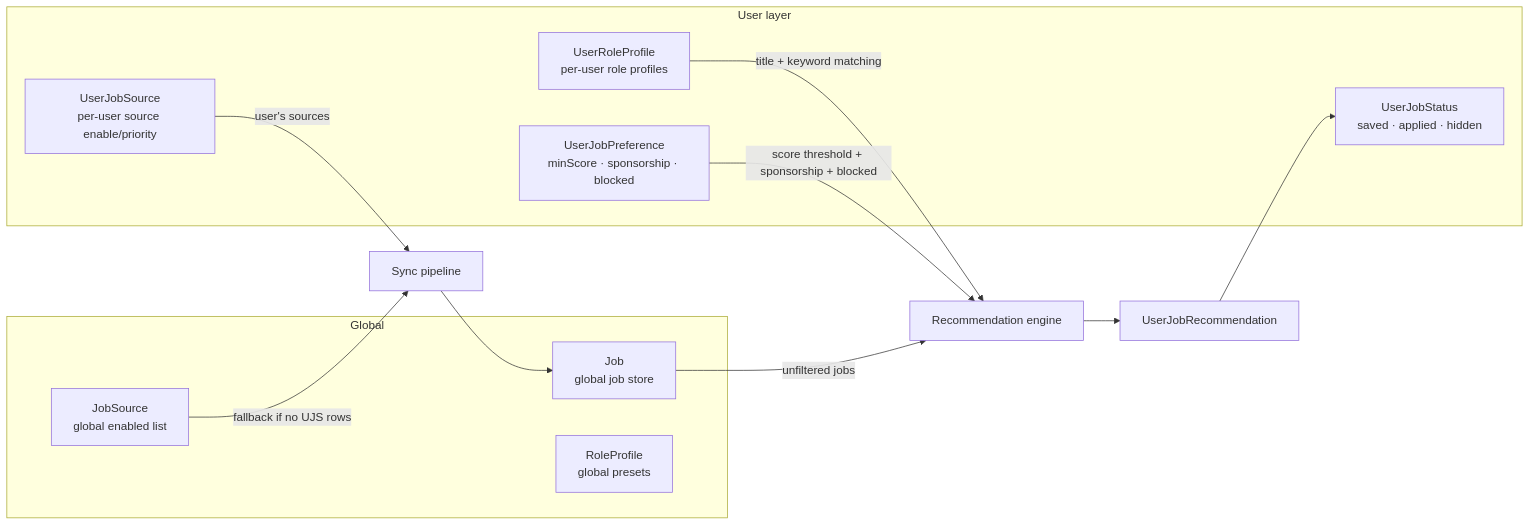
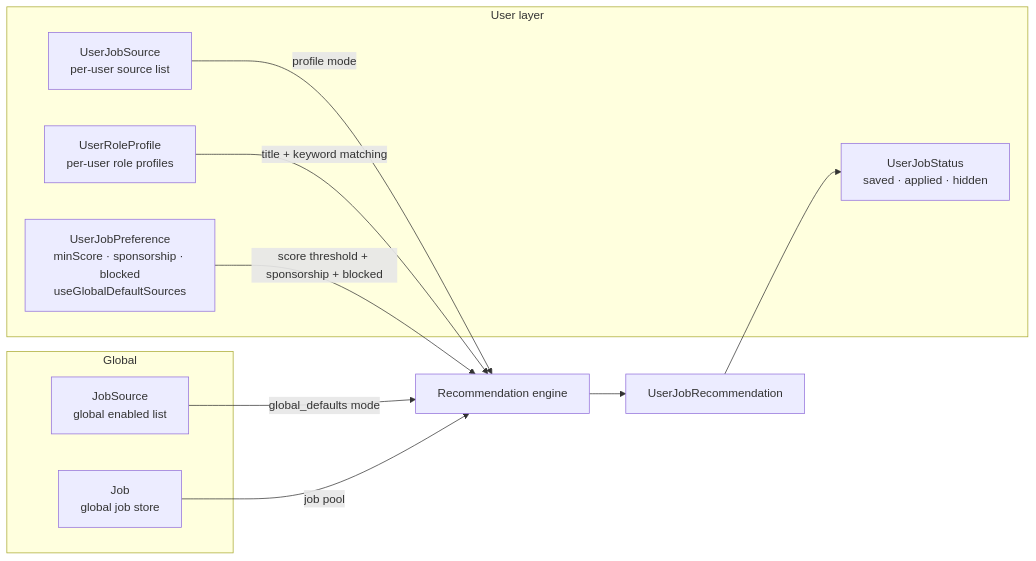
One commit to manasjoshi1/jobradar changed the fifth of 6 diagrams in docs/JOBRADAR_LOGIC.md. Above: the diagram before and after it, drawn with Mermaid. The commit also changed other lines of this file and 13 other files, not shown here.

First line of the commit message:
Remove silent global source fallback; add explicit opt-in

````diff
--- a/docs/JOBRADAR_LOGIC.md
+++ b/docs/JOBRADAR_LOGIC.md
@@ -100,24 +119,22 @@
 ```mermaid
 flowchart LR
     subgraph Global
         GS[JobSource\nglobal enabled list]
         GJ[Job\nglobal job store]
-        GRP[RoleProfile\nglobal presets]
     end
 
     subgraph User layer
-        UJS[UserJobSource\nper-user source enable/priority]
+        UJS[UserJobSource\nper-user source list]
         URP[UserRoleProfile\nper-user role profiles]
-        UJP[UserJobPreference\nminScore · sponsorship · blocked]
+        UJP[UserJobPreference\nminScore · sponsorship · blocked\nuseGlobalDefaultSources]
         UJS_STATUS[UserJobStatus\nsaved · applied · hidden]
     end
 
-    GS -->|fallback if no UJS rows| SYNC[Sync pipeline]
-    UJS -->|user's sources| SYNC
-    SYNC --> GJ
-    GJ -->|unfiltered jobs| REC[Recommendation engine]
+    GS -->|global_defaults mode| REC
+    UJS -->|profile mode| REC[Recommendation engine]
+    GJ -->|job pool| REC
     URP -->|title + keyword matching| REC
     UJP -->|score threshold + sponsorship + blocked| REC
     REC --> UJR[UserJobRecommendation]
     UJR --> UJS_STATUS
 ```
````
